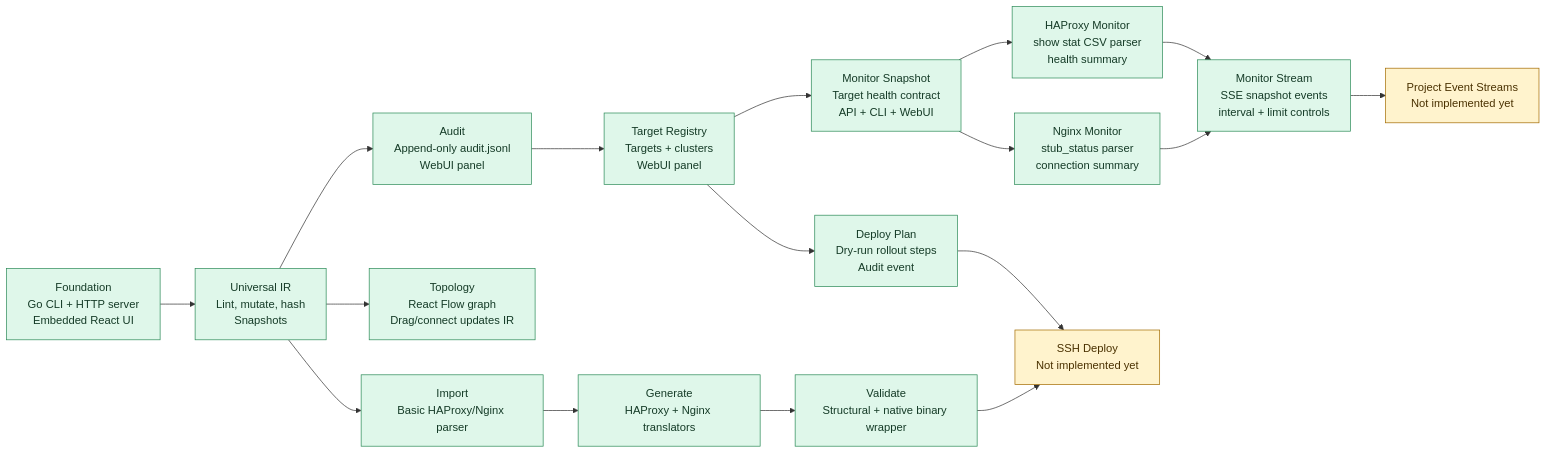
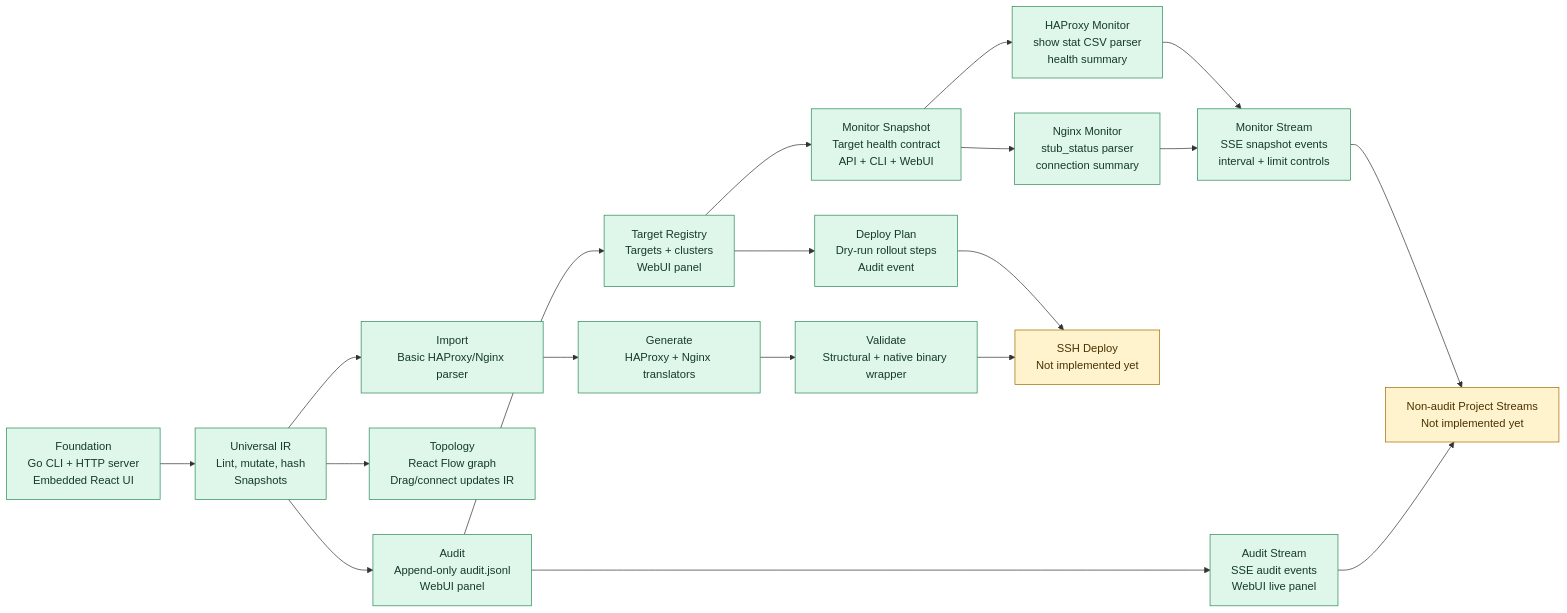
One commit to ersinkoc/Nizam changed the first of 18 diagrams in ARCHITECTURE.md. Above: the diagram before and after it, drawn with Mermaid. The commit also changed other lines of this file and 6 other files, not shown here.

Commit message:
Add project audit event stream

````diff
--- a/ARCHITECTURE.md
+++ b/ARCHITECTURE.md
@@ -7,35 +7,38 @@
 ```mermaid
 flowchart LR
   Foundation["Foundation\nGo CLI + HTTP server\nEmbedded React UI"]:::done
   IR["Universal IR\nLint, mutate, hash\nSnapshots"]:::done
   Import["Import\nBasic HAProxy/Nginx parser"]:::done
   Generate["Generate\nHAProxy + Nginx translators"]:::done
   Validate["Validate\nStructural + native binary wrapper"]:::done
   Topology["Topology\nReact Flow graph\nDrag/connect updates IR"]:::done
   Audit["Audit\nAppend-only audit.jsonl\nWebUI panel"]:::done
+  AuditStream["Audit Stream\nSSE audit events\nWebUI live panel"]:::done
   Targets["Target Registry\nTargets + clusters\nWebUI panel"]:::done
   DeployPlan["Deploy Plan\nDry-run rollout steps\nAudit event"]:::done
   MonitorBase["Monitor Snapshot\nTarget health contract\nAPI + CLI + WebUI"]:::done
   HAProxyMonitor["HAProxy Monitor\nshow stat CSV parser\nhealth summary"]:::done
   NginxMonitor["Nginx Monitor\nstub_status parser\nconnection summary"]:::done
   MonitorStream["Monitor Stream\nSSE snapshot events\ninterval + limit controls"]:::done
   Deploy["SSH Deploy\nNot implemented yet"]:::todo
-  ProjectStream["Project Event Streams\nNot implemented yet"]:::todo
+  ProjectStream["Non-audit Project Streams\nNot implemented yet"]:::todo
 
   Foundation --> IR --> Import --> Generate --> Validate
   IR --> Topology
   IR --> Audit
+  Audit --> AuditStream
   Audit --> Targets
   Targets --> DeployPlan
   DeployPlan --> Deploy
   Validate --> Deploy
   Targets --> MonitorBase
   MonitorBase --> HAProxyMonitor
   MonitorBase --> NginxMonitor
   HAProxyMonitor --> MonitorStream
   NginxMonitor --> MonitorStream
   MonitorStream --> ProjectStream
+  AuditStream --> ProjectStream
 
   classDef done fill:#dff7ea,stroke:#2b8a57,color:#153b27;
   classDef todo fill:#fff3cd,stroke:#a36b00,color:#4a3100;
 ```
````
